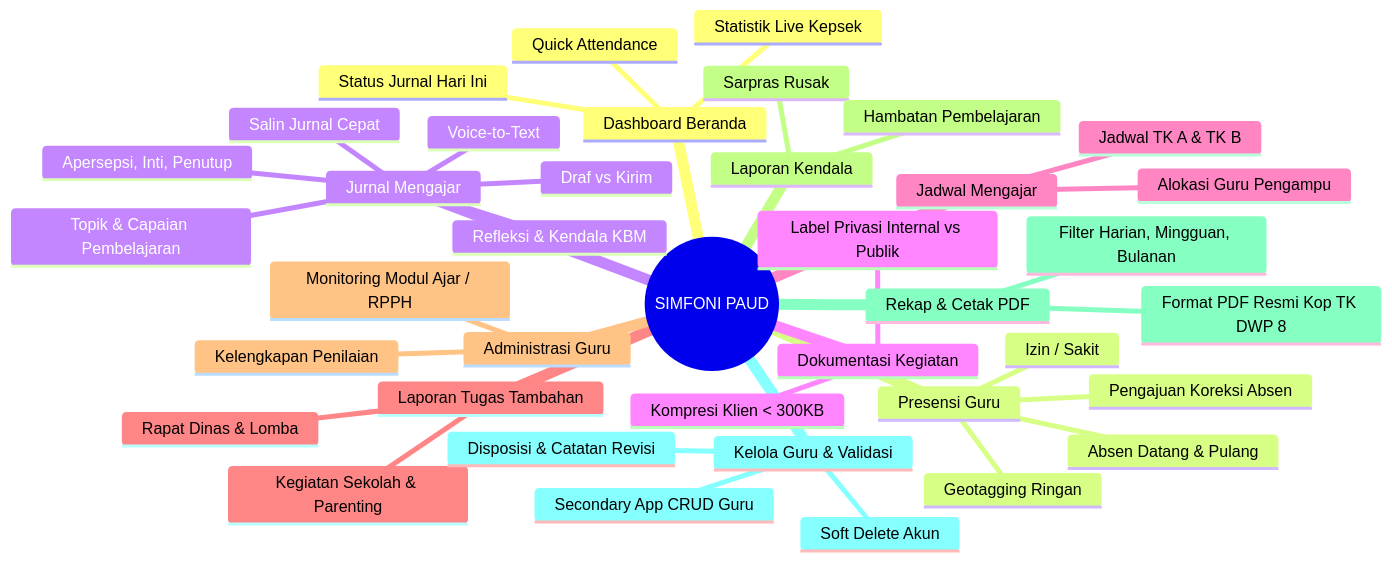
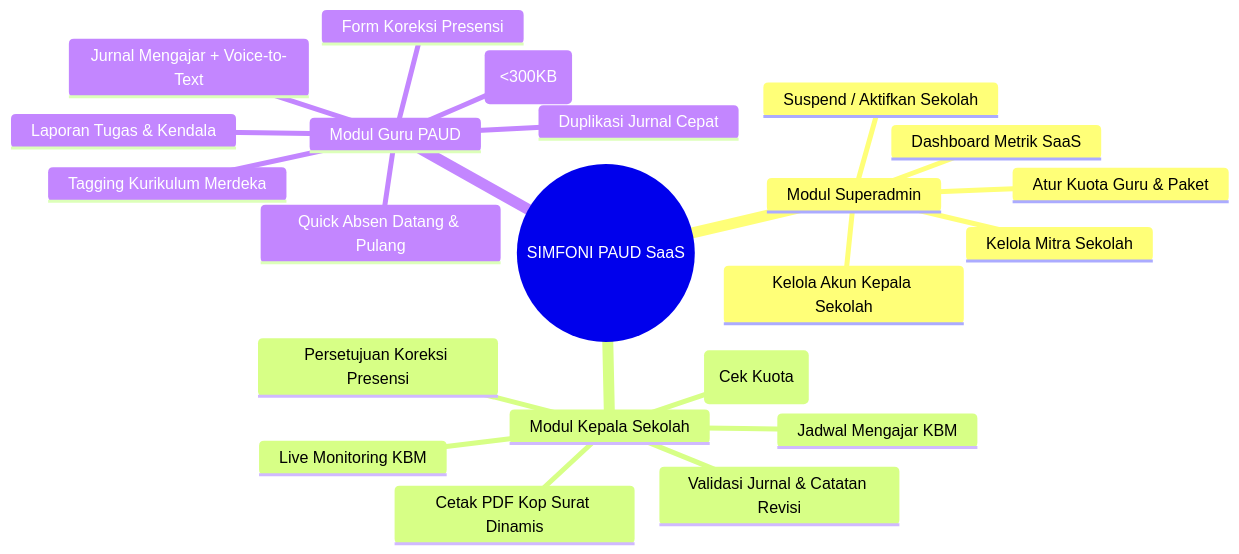
Before and after one commit to bud1purwanto/Simfoni-PAUD: the first of 2 diagrams in docs/features-and-workflow.md, drawn with Mermaid. The commit also changed other lines of this file and 7 other files, not shown here.

````diff
--- a/docs/features-and-workflow.md
+++ b/docs/features-and-workflow.md
@@ -9,42 +9,25 @@
 ```mermaid
 mindmap
-  root((SIMFONI PAUD))
-    Dashboard Beranda
-      Quick Attendance
-      Status Jurnal Hari Ini
-      Statistik Live Kepsek
-    Presensi Guru
-      Absen Datang & Pulang
-      Izin / Sakit
-      Pengajuan Koreksi Absen
-      Geotagging Ringan
-    Jurnal Mengajar
-      Topik & Capaian Pembelajaran
-      Apersepsi, Inti, Penutup
-      Refleksi & Kendala KBM
-      Draf vs Kirim
-      Salin Jurnal Cepat
-      Voice-to-Text
-    Dokumentasi Kegiatan
-      Kompresi Klien < 300KB
-      Label Privasi Internal vs Publik
-    Jadwal Mengajar
-      Jadwal TK A & TK B
-      Alokasi Guru Pengampu
-    Laporan Tugas Tambahan
-      Rapat Dinas & Lomba
-      Kegiatan Sekolah & Parenting
-    Administrasi Guru
-      Monitoring Modul Ajar / RPPH
-      Kelengkapan Penilaian
-    Laporan Kendala
-      Sarpras Rusak
-      Hambatan Pembelajaran
-    Rekap & Cetak PDF
-      Filter Harian, Mingguan, Bulanan
-      Format PDF Resmi Kop TK DWP 8
-    Kelola Guru & Validasi
-      Secondary App CRUD Guru
-      Soft Delete Akun
-      Disposisi & Catatan Revisi
+  root((SIMFONI PAUD SaaS))
+    Modul Superadmin
+      Dashboard Metrik SaaS
+      Kelola Mitra Sekolah
+      Atur Kuota Guru & Paket
+      Suspend / Aktifkan Sekolah
+      Kelola Akun Kepala Sekolah
+    Modul Kepala Sekolah
+      Live Monitoring KBM
+      Validasi Jurnal & Catatan Revisi
+      Persetujuan Koreksi Presensi
+      Kelola Akun Guru (Cek Kuota)
+      Jadwal Mengajar KBM
+      Cetak PDF Kop Surat Dinamis
+    Modul Guru PAUD
+      Quick Absen Datang & Pulang
+      Form Koreksi Presensi
+      Jurnal Mengajar + Voice-to-Text
+      Dokumentasi Foto (<300KB)
+      Tagging Kurikulum Merdeka
+      Duplikasi Jurnal Cepat
+      Laporan Tugas & Kendala
 ```
````
